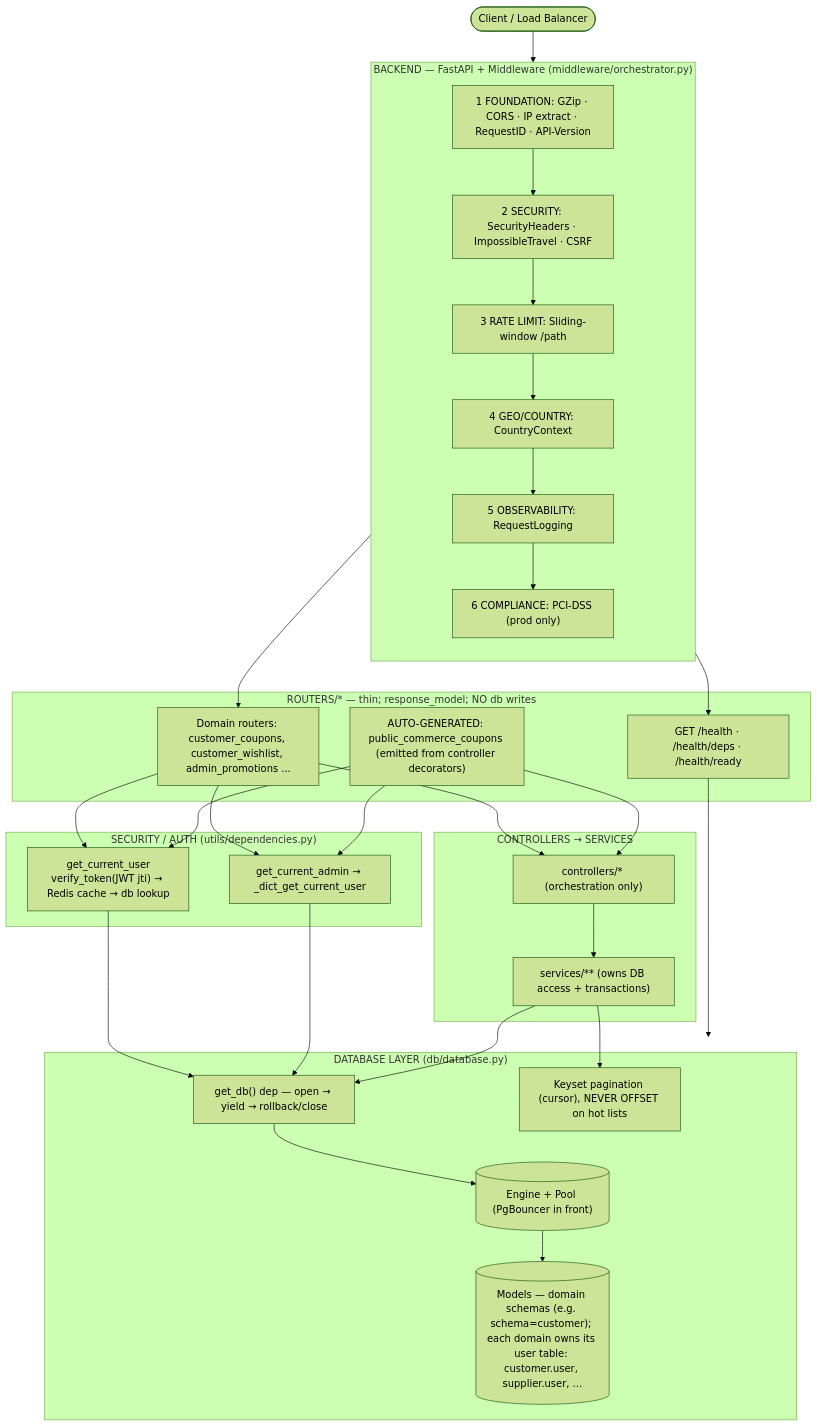
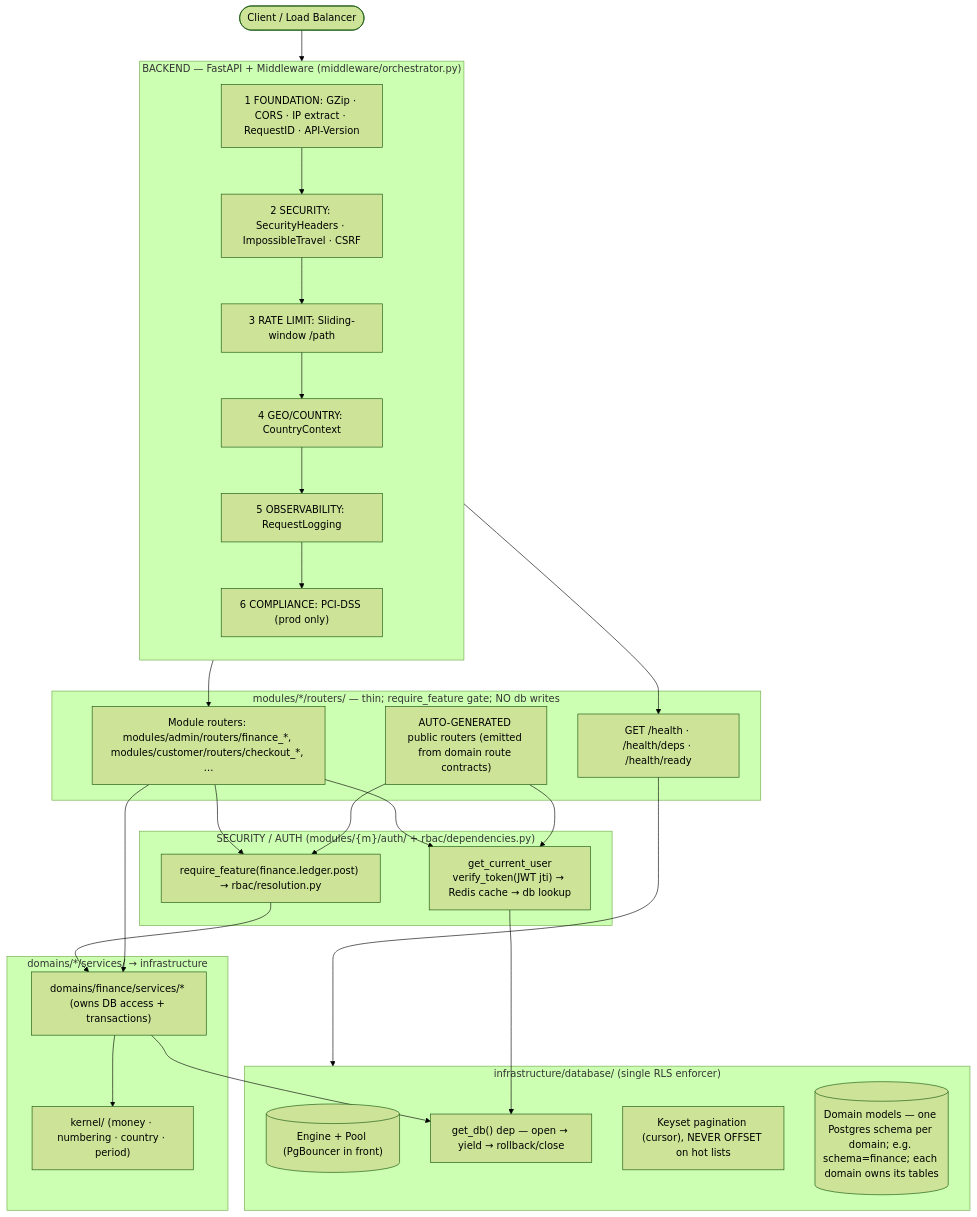
One commit to Makfuncky/zozi changed the second of 5 diagrams in ARCHITECTURE_DIAGRAM.md. Above: the diagram before and after it, drawn with Mermaid (forest theme). The commit also changed other lines of this file and 3127 other files, not shown here.

Commit message:
new_architecture_02-19-08-2026

````diff
--- a/ARCHITECTURE_DIAGRAM.md
+++ b/ARCHITECTURE_DIAGRAM.md
@@ -74,56 +280,46 @@
 ```mermaid
-    flowchart TD
-        Client([Client / Load Balancer])
-
-        subgraph BE["BACKEND — FastAPI + Middleware (middleware/orchestrator.py)"]
-            direction TB
-            L1["1 FOUNDATION: GZip · CORS · IP extract · RequestID · API-Version"]
-            L2["2 SECURITY: SecurityHeaders · ImpossibleTravel · CSRF"]
-            L3["3 RATE LIMIT: Sliding-window /path"]
-            L4["4 GEO/COUNTRY: CountryContext"]
-            L5["5 OBSERVABILITY: RequestLogging"]
-            L6["6 COMPLIANCE: PCI-DSS (prod only)"]
-            L1 --> L2 --> L3 --> L4 --> L5 --> L6
-        end
-
-        subgraph RT["ROUTERS/* — thin; response_model; NO db writes"]
-            H["GET /health · /health/deps · /health/ready"]
-            R["Domain routers: customer_coupons, customer_wishlist, admin_promotions ..."]
-            G["AUTO-GENERATED: public_commerce_coupons (emitted from controller decorators)"]
-        end
-
-        subgraph SEC["SECURITY / AUTH (utils/dependencies.py)"]
-            AUTH["get_current_user<br/>verify_token(JWT jti) → Redis cache → db lookup"]
-            ADMIN["get_current_admin → _dict_get_current_user"]
-        end
-
-        subgraph SVC["CONTROLLERS → SERVICES"]
-            C["controllers/* (orchestration only)"]
-            S["services/** (owns DB access + transactions)"]
-        end
-
-        subgraph DB["DATABASE LAYER (db/database.py)"]
-            POOL[("Engine + Pool (PgBouncer in front)")]
-            GETDB["get_db() dep — open → yield → rollback/close"]
-            KEYS["Keyset pagination (cursor), NEVER OFFSET on hot lists"]
-            MODELS[("Models — domain schemas (e.g. schema=customer); each domain owns its user table: customer.user, supplier.user, …")]
-        end
-
-        Client --> L1
-        L6 --> H
-        L6 --> R
-        H --> DB
-        R --> AUTH
-        R --> ADMIN
-        AUTH --> GETDB
-        ADMIN --> GETDB
-        R --> C
-        G --> AUTH
-        G --> ADMIN
-        G --> C
-        C --> S
-        S --> GETDB
-        GETDB --> POOL
-        POOL --> MODELS
-        S --> KEYS
+flowchart TD
+    Client([Client / Load Balancer])
+    subgraph BE["BACKEND — FastAPI + Middleware (middleware/orchestrator.py)"]
+        direction TB
+        L1["1 FOUNDATION: GZip · CORS · IP extract · RequestID · API-Version"]
+        L2["2 SECURITY: SecurityHeaders · ImpossibleTravel · CSRF"]
+        L3["3 RATE LIMIT: Sliding-window /path"]
+        L4["4 GEO/COUNTRY: CountryContext"]
+        L5["5 OBSERVABILITY: RequestLogging"]
+        L6["6 COMPLIANCE: PCI-DSS (prod only)"]
+        L1 --> L2 --> L3 --> L4 --> L5 --> L6
+    end
+    subgraph MOD["modules/*/routers/ — thin; require_feature gate; NO db writes"]
+        H["GET /health · /health/deps · /health/ready"]
+        R["Module routers: modules/admin/routers/finance_*, modules/customer/routers/checkout_*, ..."]
+        G["AUTO-GENERATED public routers (emitted from domain route contracts)"]
+    end
+    subgraph SEC["SECURITY / AUTH (modules/{m}/auth/ + rbac/dependencies.py)"]
+        AUTH["get_current_user<br/>verify_token(JWT jti) → Redis cache → db lookup"]
+        FEAT["require_feature(finance.ledger.post) → rbac/resolution.py"]
+    end
+    subgraph SVC["domains/*/services/ → infrastructure"]
+        S["domains/finance/services/* (owns DB access + transactions)"]
+        K["kernel/ (money · numbering · country · period)"]
+    end
+    subgraph DBL["infrastructure/database/ (single RLS enforcer)"]
+        POOL[("Engine + Pool (PgBouncer in front)")]
+        GETDB["get_db() dep — open → yield → rollback/close"]
+        KEYS["Keyset pagination (cursor), NEVER OFFSET on hot lists"]
+        MODELS[("Domain models — one Postgres schema per domain; e.g. schema=finance; each domain owns its tables")]
+    end
+    Client --> L1
+    L6 --> H
+    L6 --> R
+    H --> DBL
+    R --> AUTH
+    R --> FEAT
+    G --> AUTH
+    G --> FEAT
+    AUTH --> GETDB
+    FEAT --> S
+    R --> S
+    S --> K
+    S --> GETDB
 ```
````
